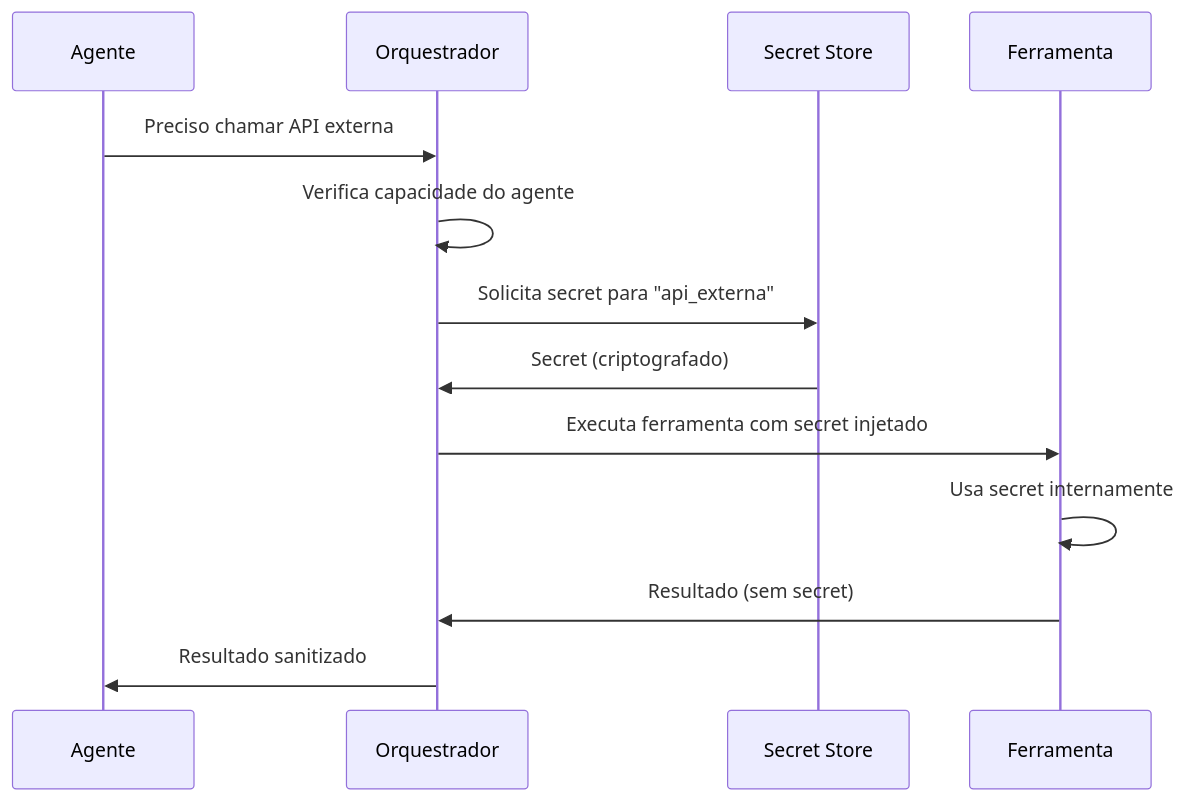
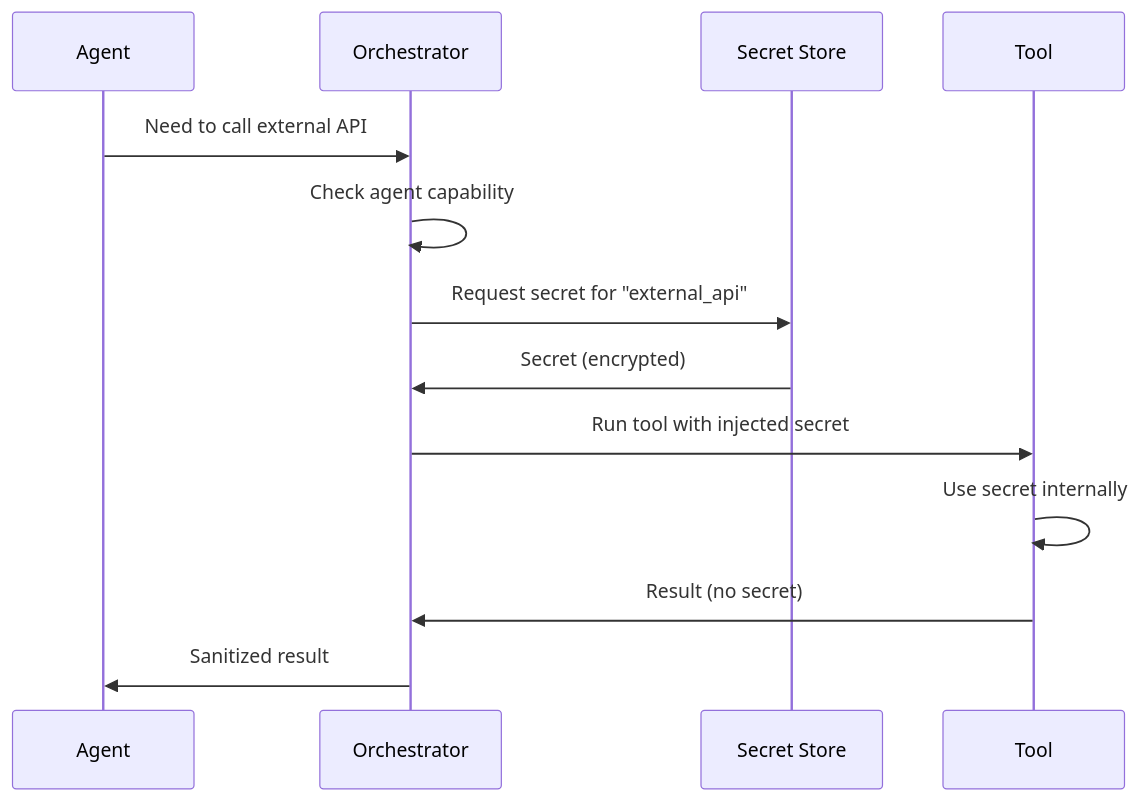
One commit to leonardo-moraes360/toolbelt changed the sixth of 17 diagrams in docs/arquitetura.md. Above: the diagram before and after it, drawn with Mermaid. The commit also changed other lines of this file and 9 other files, not shown here.

````diff
--- a/docs/arquitetura.md
+++ b/docs/arquitetura.md
@@ -428,16 +428,16 @@
 ```mermaid
 sequenceDiagram
-    participant A as Agente
-    participant O as Orquestrador
+    participant A as Agent
+    participant O as Orchestrator
     participant S as Secret Store
-    participant T as Ferramenta
+    participant T as Tool
 
-    A->>O: Preciso chamar API externa
-    O->>O: Verifica capacidade do agente
-    O->>S: Solicita secret para "api_externa"
-    S->>O: Secret (criptografado)
-    O->>T: Executa ferramenta com secret injetado
-    T->>T: Usa secret internamente
-    T->>O: Resultado (sem secret)
-    O->>A: Resultado sanitizado
+    A->>O: Need to call external API
+    O->>O: Check agent capability
+    O->>S: Request secret for "external_api"
+    S->>O: Secret (encrypted)
+    O->>T: Run tool with injected secret
+    T->>T: Use secret internally
+    T->>O: Result (no secret)
+    O->>A: Sanitized result
 ```
````
